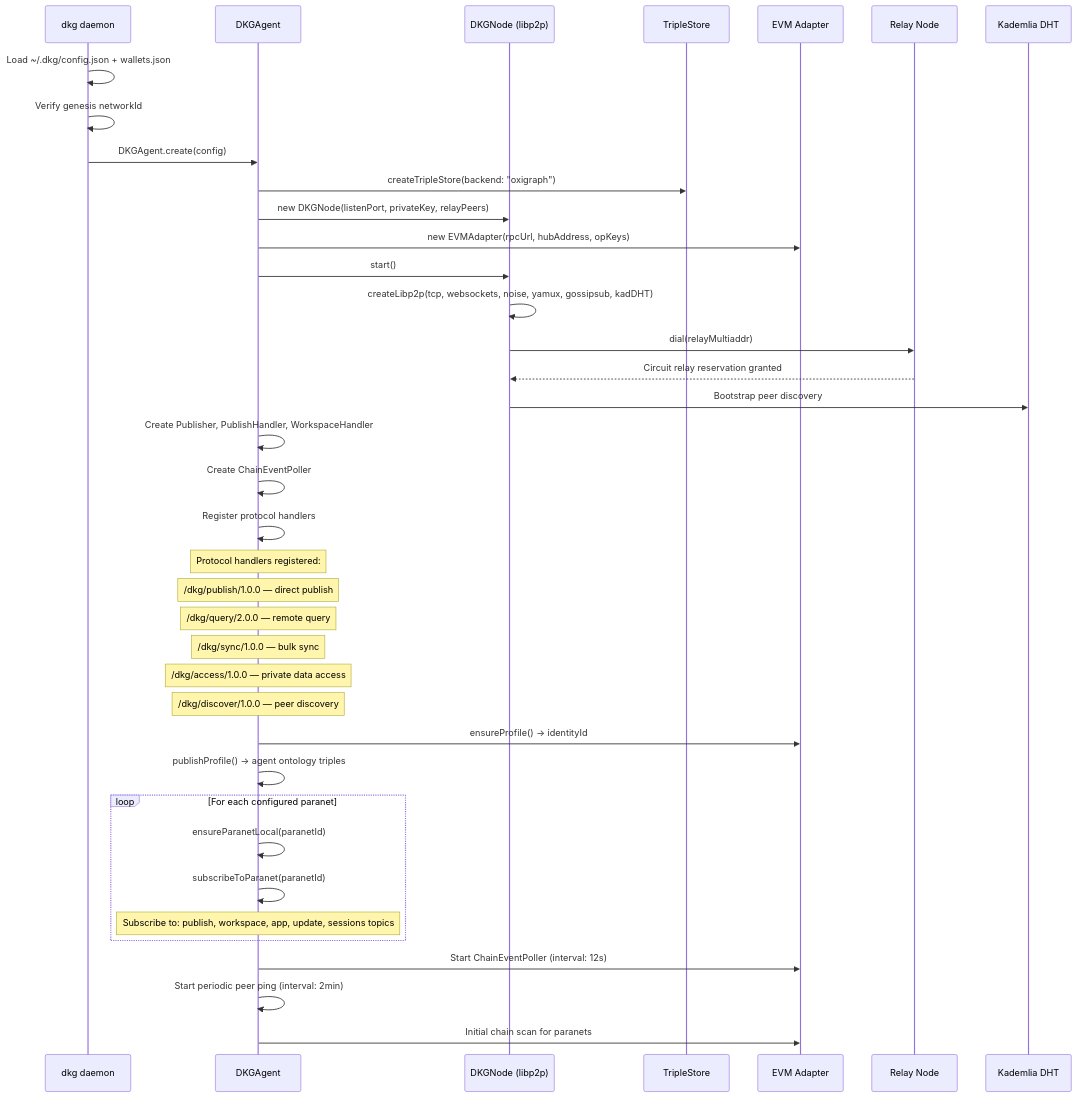
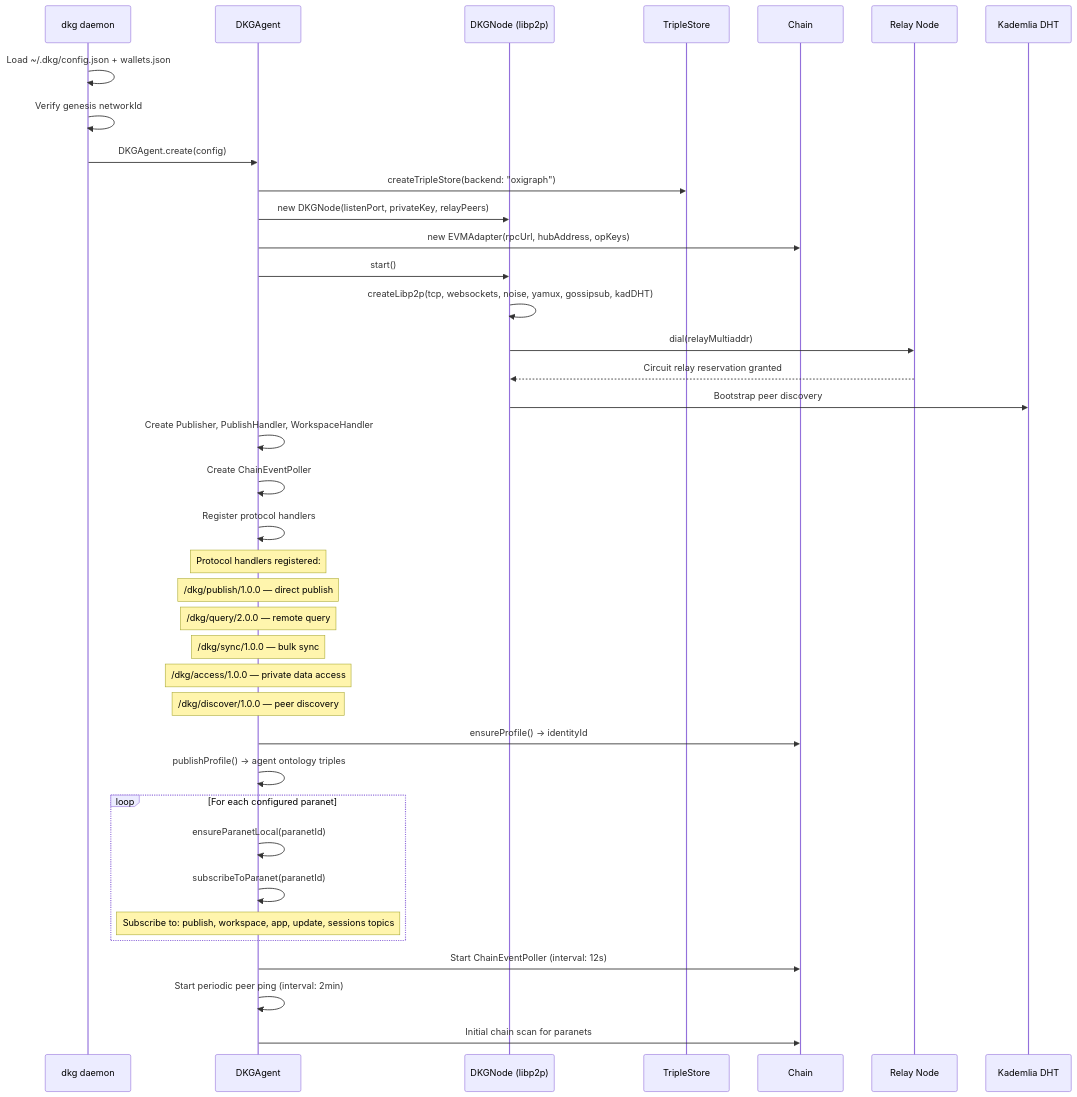
One commit to OriginTrail/dkg changed the first of 15 diagrams in docs/v9-protocol-operations.md. Above: the diagram before and after it, drawn with Mermaid. The commit also changed other lines of this file, not shown here.

Commit message:
docs: correct v9 publish flow and add consensus guidance for updates

````diff
--- a/docs/v9-protocol-operations.md
+++ b/docs/v9-protocol-operations.md
@@ -30,48 +30,48 @@
 ```mermaid
 sequenceDiagram
     participant CLI as dkg daemon
     participant Agent as DKGAgent
     participant Node as DKGNode (libp2p)
     participant Store as TripleStore
-    participant Chain as EVM Adapter
+    participant Chain as Chain
     participant Relay as Relay Node
     participant DHT as Kademlia DHT
 
     CLI->>CLI: Load ~/.dkg/config.json + wallets.json
     CLI->>CLI: Verify genesis networkId
 
     CLI->>Agent: DKGAgent.create(config)
     Agent->>Store: createTripleStore(backend: "oxigraph")
     Agent->>Node: new DKGNode(listenPort, privateKey, relayPeers)
     Agent->>Chain: new EVMAdapter(rpcUrl, hubAddress, opKeys)
 
     Agent->>Node: start()
     Node->>Node: createLibp2p(tcp, websockets, noise, yamux, gossipsub, kadDHT)
     Node->>Relay: dial(relayMultiaddr)
     Relay-->>Node: Circuit relay reservation granted
     Node->>DHT: Bootstrap peer discovery
 
     Agent->>Agent: Create Publisher, PublishHandler, WorkspaceHandler
     Agent->>Agent: Create ChainEventPoller
     Agent->>Agent: Register protocol handlers
 
     Note over Agent: Protocol handlers registered:
     Note over Agent: /dkg/publish/1.0.0 — direct publish
     Note over Agent: /dkg/query/2.0.0 — remote query
     Note over Agent: /dkg/sync/1.0.0 — bulk sync
     Note over Agent: /dkg/access/1.0.0 — private data access
     Note over Agent: /dkg/discover/1.0.0 — peer discovery
 
     Agent->>Chain: ensureProfile() → identityId
     Agent->>Agent: publishProfile() → agent ontology triples
 
     loop For each configured paranet
         Agent->>Agent: ensureParanetLocal(paranetId)
         Agent->>Agent: subscribeToParanet(paranetId)
         Note over Agent: Subscribe to: publish, workspace, app, update, sessions topics
     end
 
     Agent->>Chain: Start ChainEventPoller (interval: 12s)
     Agent->>Agent: Start periodic peer ping (interval: 2min)
     Agent->>Chain: Initial chain scan for paranets
 ```
````
